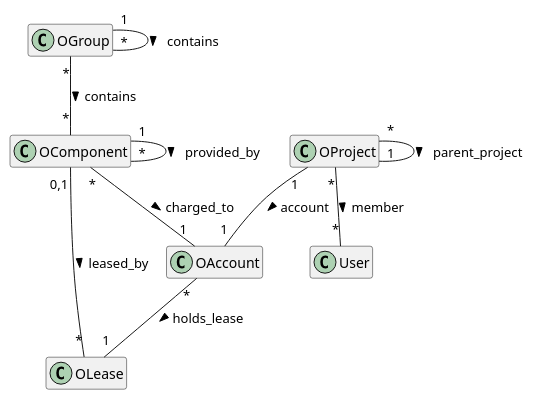
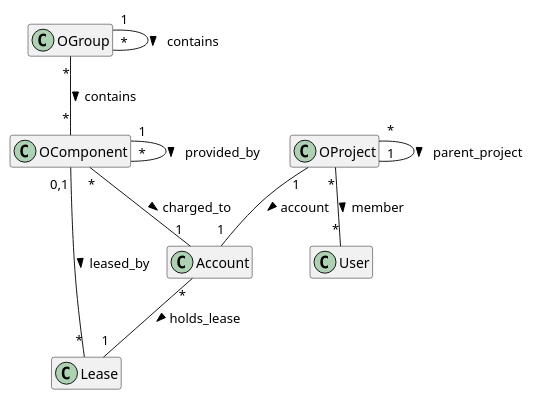
The second of 2 diagrams in lib/omf-sfa/resource/README.md (dostavro/omf_sfa), drawn with PlantUML before and after one commit. The commit also changed other lines of this file and 24 other files, not shown here.

Commit message:
Renamed 'OLease' to 'Lease' and 'OAccount' to 'Account'

```diff
--- a/lib/omf-sfa/resource/README.md
+++ b/lib/omf-sfa/resource/README.md
@@ -12,13 +12,13 @@
 @startuml
 hide members
 
 OGroup "*" -- "*" OComponent : contains >
 OGroup "1" -- "*" OGroup : contains >
-OComponent "*" -- "1" OAccount : charged_to >
+OComponent "*" -- "1" Account : charged_to >
 OComponent "1" -- "*" OComponent : provided_by >
-OLease "*" -- "0,1" OComponent: < leased_by 
-OProject "1" -- "1" OAccount : account >
+Lease "*" -- "0,1" OComponent: < leased_by 
+OProject "1" -- "1" Account : account >
 OProject "*" -- "*" User: member > 
-OAccount "*" -- "1" OLease : holds_lease >
+Account "*" -- "1" Lease : holds_lease >
 OProject "*" -- "1" OProject: parent_project > 
 @enduml
```
